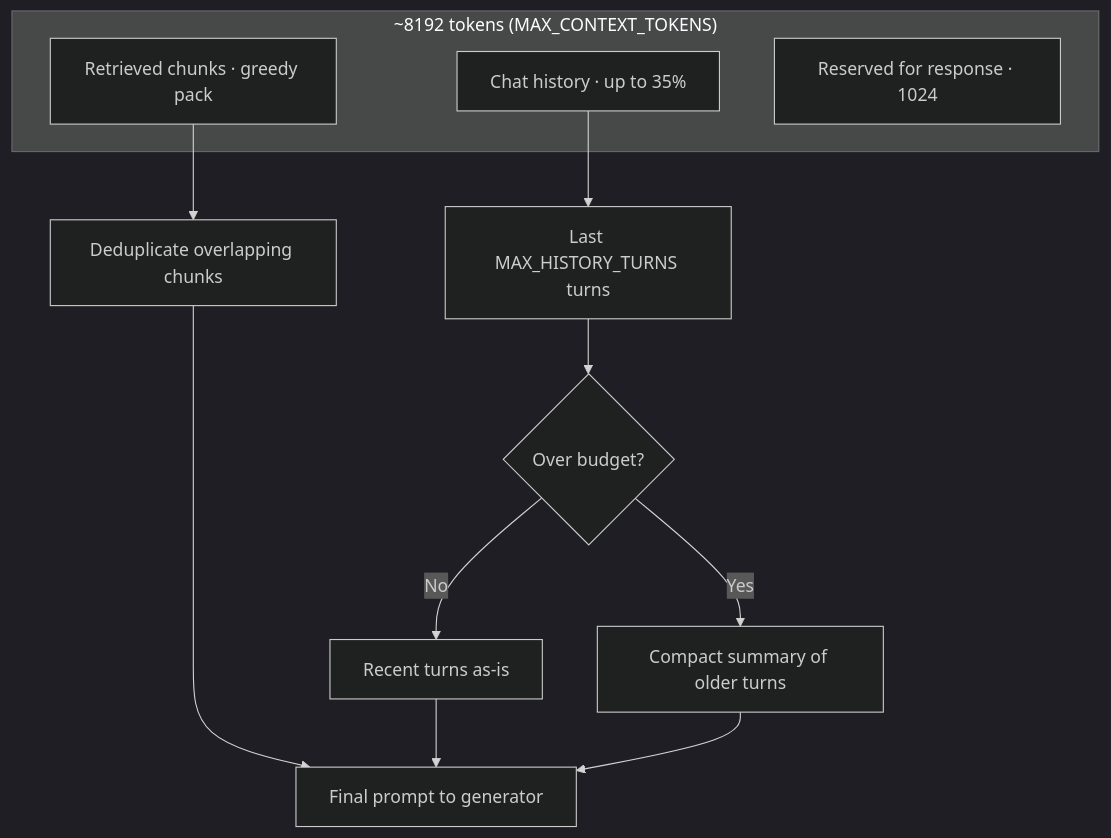
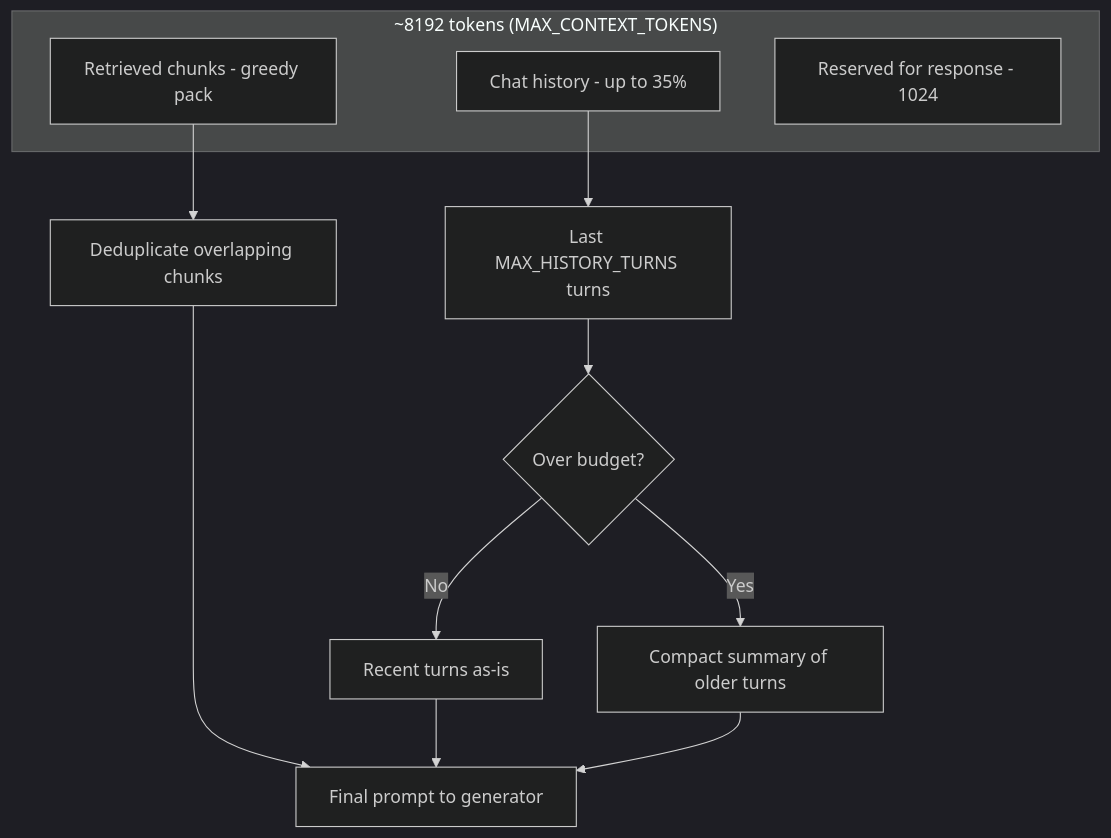
The seventh of 17 diagrams in README.md (arshiatehrani/local-multimodal-rag), drawn with Mermaid (dark theme) before and after one commit. The commit also changed other lines of this file, not shown here.

````diff
--- a/README.md
+++ b/README.md
@@ -377,17 +377,17 @@
 ```mermaid
 flowchart TB
   subgraph Budget["~8192 tokens (MAX_CONTEXT_TOKENS)"]
-    Hist[Chat history · up to 35%]
-    Ret[Retrieved chunks · greedy pack]
-    Resp[Reserved for response · 1024]
+    Hist[Chat history - up to 35%]
+    Ret[Retrieved chunks - greedy pack]
+    Resp[Reserved for response - 1024]
   end
 
   Hist --> Trim[Last MAX_HISTORY_TURNS turns]
   Trim --> Sum{Over budget?}
   Sum -->|Yes| Summary[Compact summary of older turns]
   Sum -->|No| Keep[Recent turns as-is]
   Ret --> Dedupe[Deduplicate overlapping chunks]
   Dedupe --> Prompt[Final prompt to generator]
   Keep --> Prompt
   Summary --> Prompt
 ```
````
